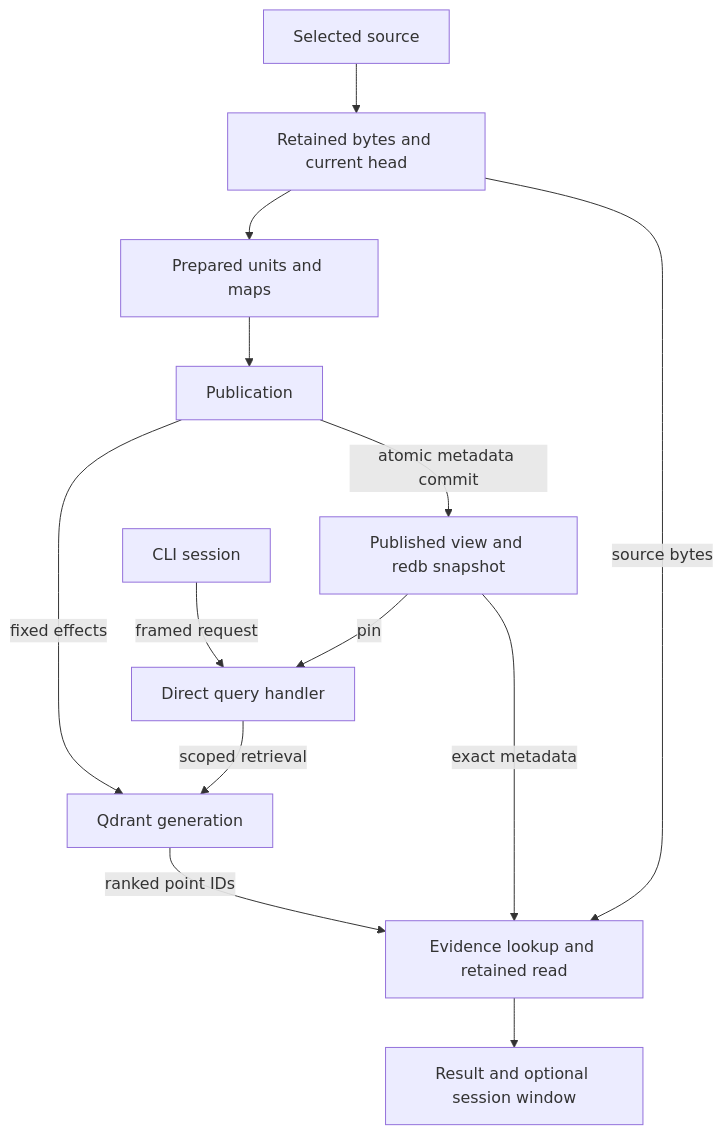
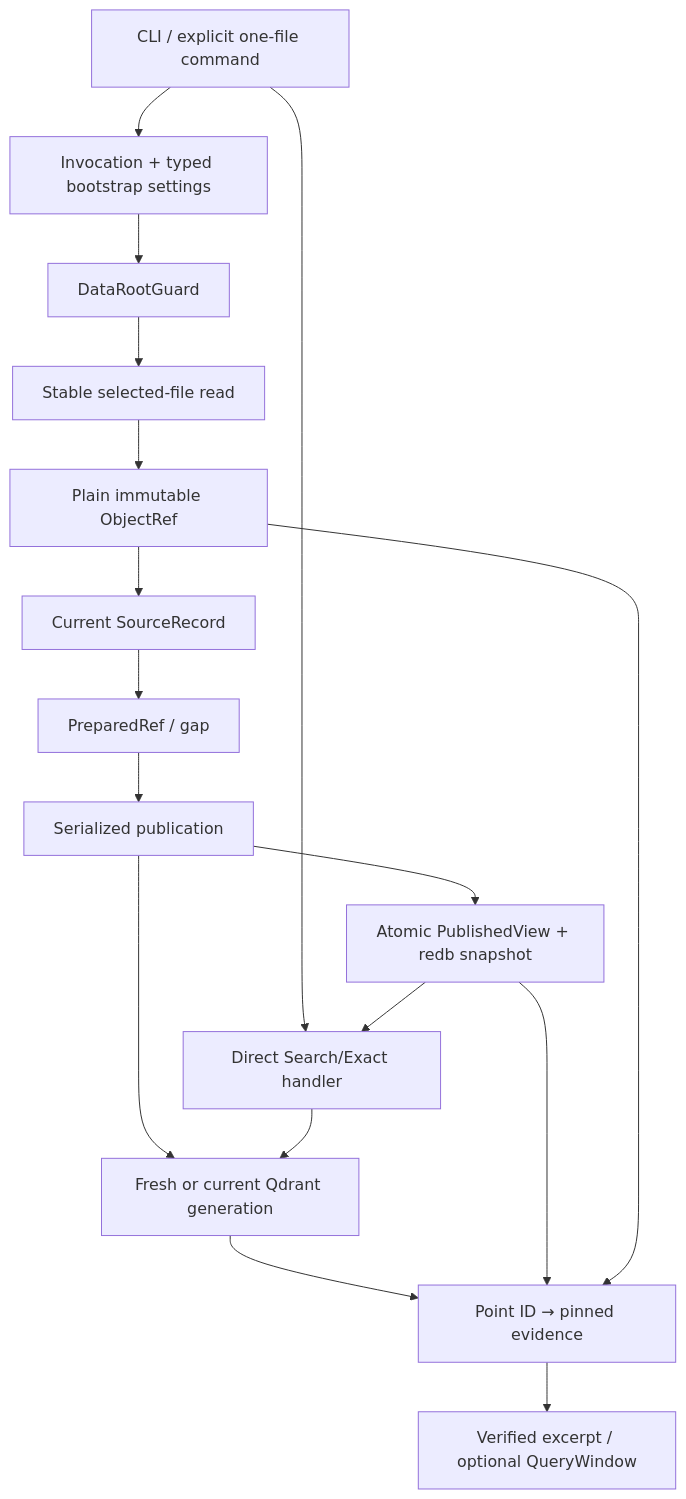
One commit to UnknownAlienHuman/eliot-search changed the diagram in docs/handoff/DEPENDENCY_GRAPH.md. Above: the diagram before and after it, drawn with Mermaid. The commit also changed other lines of this file and 14 other files, not shown here.

````diff
--- a/docs/handoff/DEPENDENCY_GRAPH.md
+++ b/docs/handoff/DEPENDENCY_GRAPH.md
@@ -7,15 +6,19 @@
 ```mermaid
 flowchart TD
-    source[Selected source] --> retained[Retained bytes and current head]
-    retained --> prepared[Prepared units and maps]
-    prepared --> publication[Publication]
-    publication -->|fixed effects| qdrant[Qdrant generation]
-    publication -->|atomic metadata commit| view[Published view and redb snapshot]
-    cli[CLI session] -->|framed request| query[Direct query handler]
-    view -->|pin| query
-    query -->|scoped retrieval| qdrant
-    qdrant -->|ranked point IDs| evidence[Evidence lookup and retained read]
-    view -->|exact metadata| evidence
-    retained -->|source bytes| evidence
-    evidence --> result[Result and optional session window]
+    cli[CLI / explicit one-file command] --> settings[Invocation + typed bootstrap settings]
+    settings --> root[DataRootGuard]
+    root --> acquire[Stable selected-file read]
+    acquire --> object[Plain immutable ObjectRef]
+    object --> source[Current SourceRecord]
+    source --> prep[PreparedRef / gap]
+    prep --> pub[Serialized publication]
+    pub --> qdrant[Fresh or current Qdrant generation]
+    pub --> view[Atomic PublishedView + redb snapshot]
+    cli --> query[Direct Search/Exact handler]
+    view --> query
+    query --> qdrant
+    qdrant --> evidence[Point ID → pinned evidence]
+    view --> evidence
+    object --> evidence
+    evidence --> result[Verified excerpt / optional QueryWindow]
 ```
````
